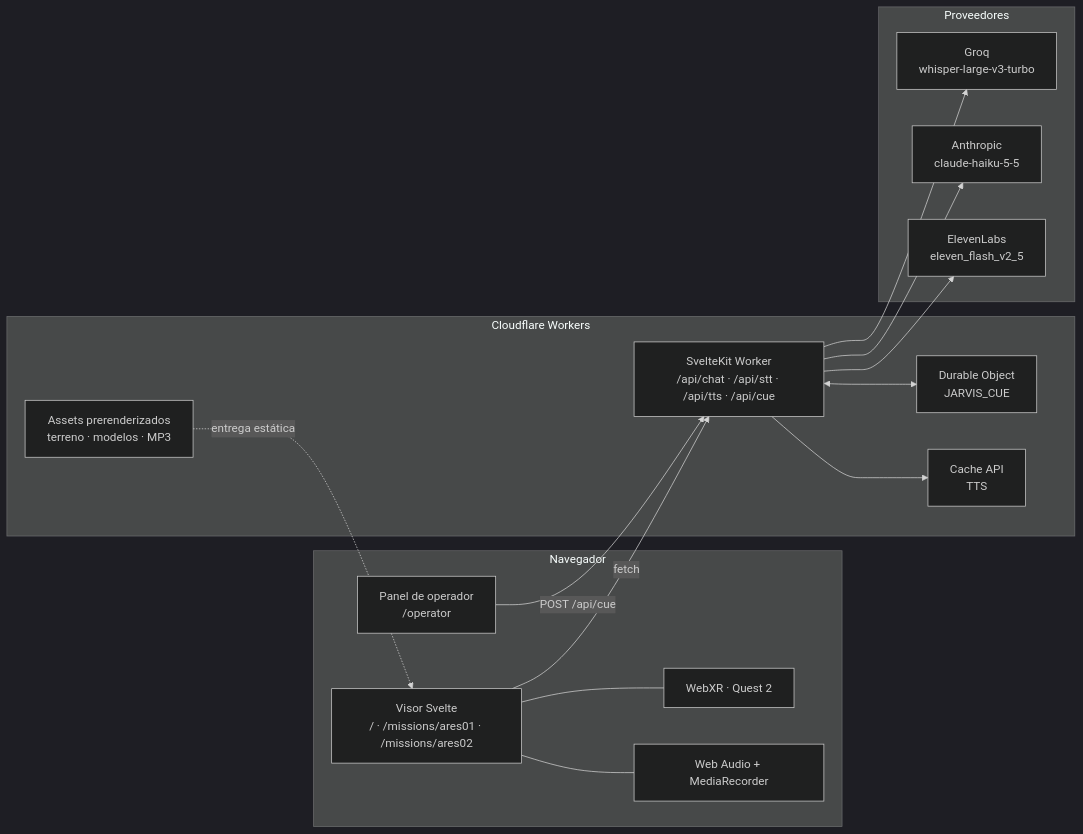
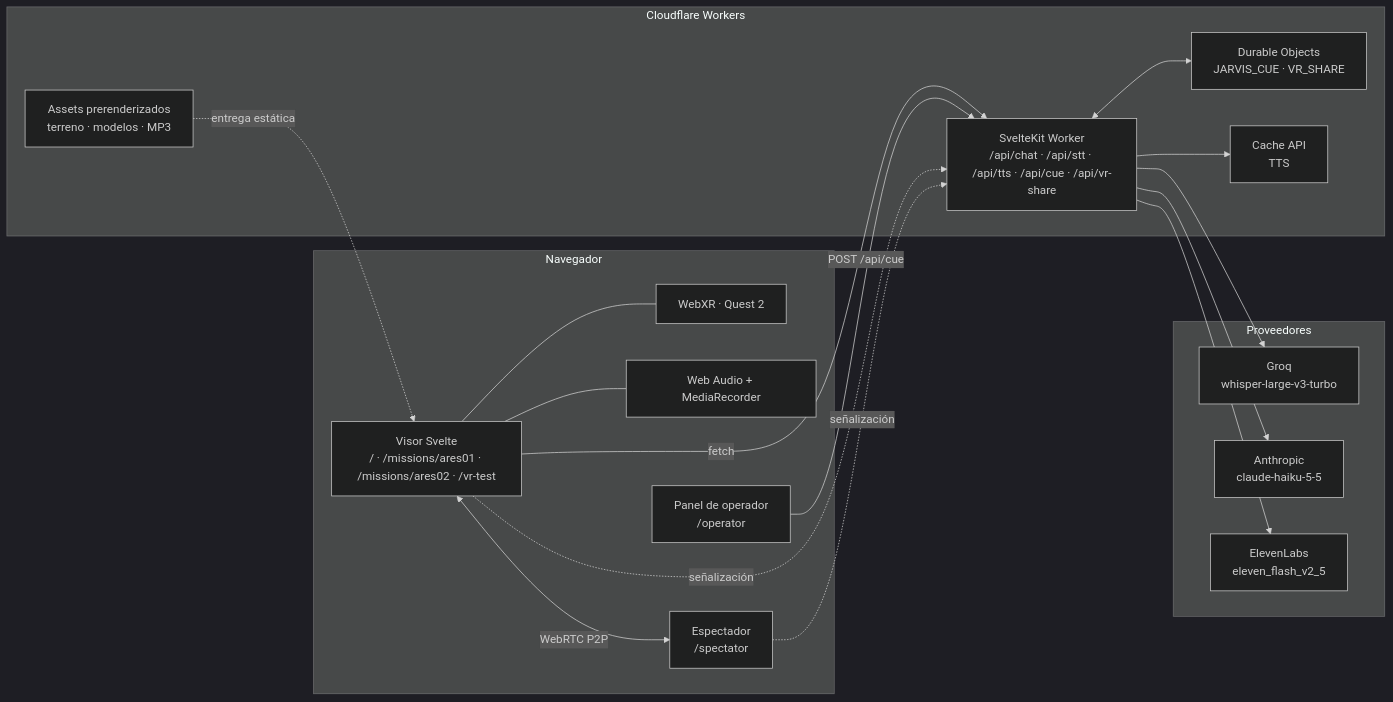
The first of 2 diagrams in DOCUMENTATION.md (losmingos/nasa-spaceapps), drawn with Mermaid (dark theme) before and after one commit. The commit also changed other lines of this file and 1 other file, not shown here.

Commit message:
Actualizar documentación con la vista compartida y la ruta de ARES-02

````diff
--- a/DOCUMENTATION.md
+++ b/DOCUMENTATION.md
@@ -89,33 +89,37 @@
 ```mermaid
 flowchart LR
   subgraph CLIENT["Navegador"]
-    VISOR["Visor Svelte<br/>/ · /missions/ares01 · /missions/ares02"]
+    VISOR["Visor Svelte<br/>/ · /missions/ares01 · /missions/ares02 · /vr-test"]
     XR["WebXR · Quest 2"]
     AUDIO["Web Audio + MediaRecorder"]
     OP["Panel de operador<br/>/operator"]
+    SPEC["Espectador<br/>/spectator"]
     VISOR --- XR
     VISOR --- AUDIO
   end
 
   subgraph EDGE["Cloudflare Workers"]
     ASSETS["Assets prerenderizados<br/>terreno · modelos · MP3"]
-    API["SvelteKit Worker<br/>/api/chat · /api/stt · /api/tts · /api/cue"]
-    DO["Durable Object<br/>JARVIS_CUE"]
+    API["SvelteKit Worker<br/>/api/chat · /api/stt · /api/tts · /api/cue · /api/vr-share"]
+    DO["Durable Objects<br/>JARVIS_CUE · VR_SHARE"]
     CACHE["Cache API<br/>TTS"]
   end
 
   subgraph PROVIDERS["Proveedores"]
     GROQ["Groq<br/>whisper-large-v3-turbo"]
     CLAUDE["Anthropic<br/>claude-haiku-5-5"]
     ELEVEN["ElevenLabs<br/>eleven_flash_v2_5"]
   end
 
   VISOR -->|fetch| API
   OP -->|POST /api/cue| API
+  VISOR -.->|señalización| API
+  SPEC -.->|señalización| API
+  VISOR <-->|WebRTC P2P| SPEC
   ASSETS -.->|entrega estática| VISOR
   API --> GROQ
   API --> CLAUDE
   API --> ELEVEN
   API <--> DO
   API --> CACHE
 ```
````
